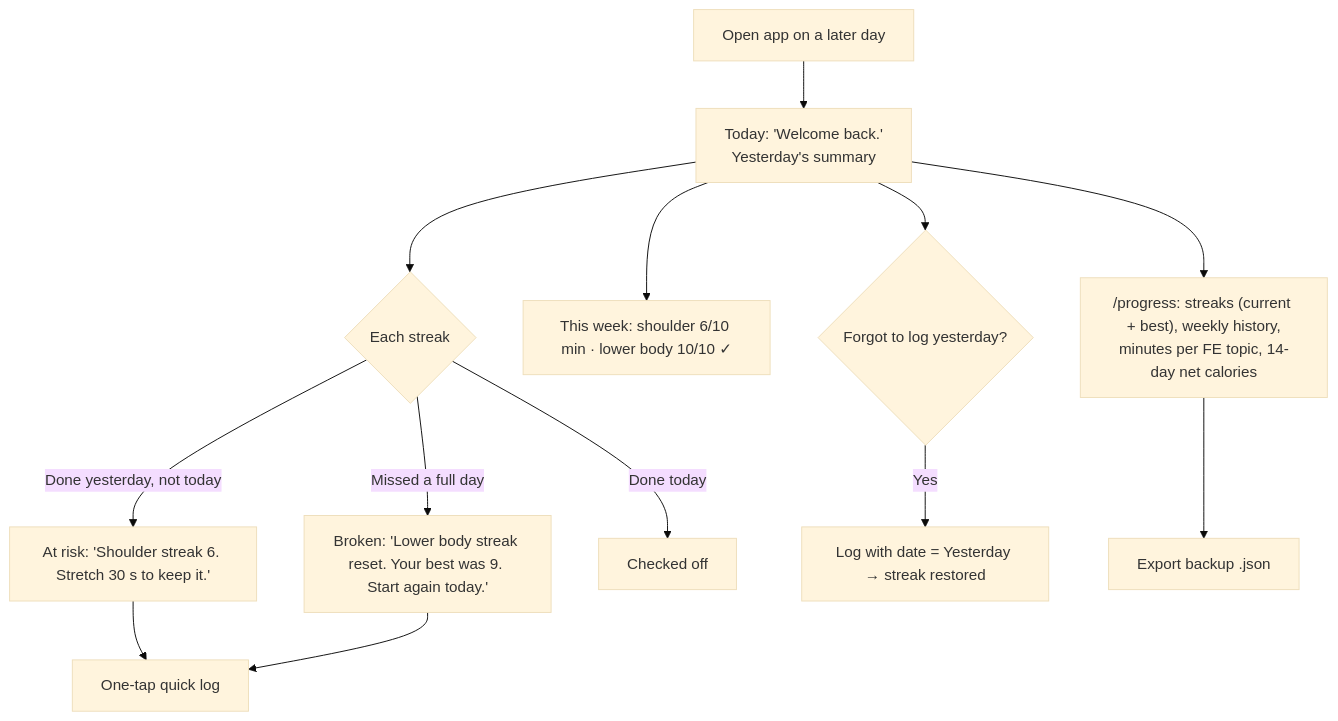
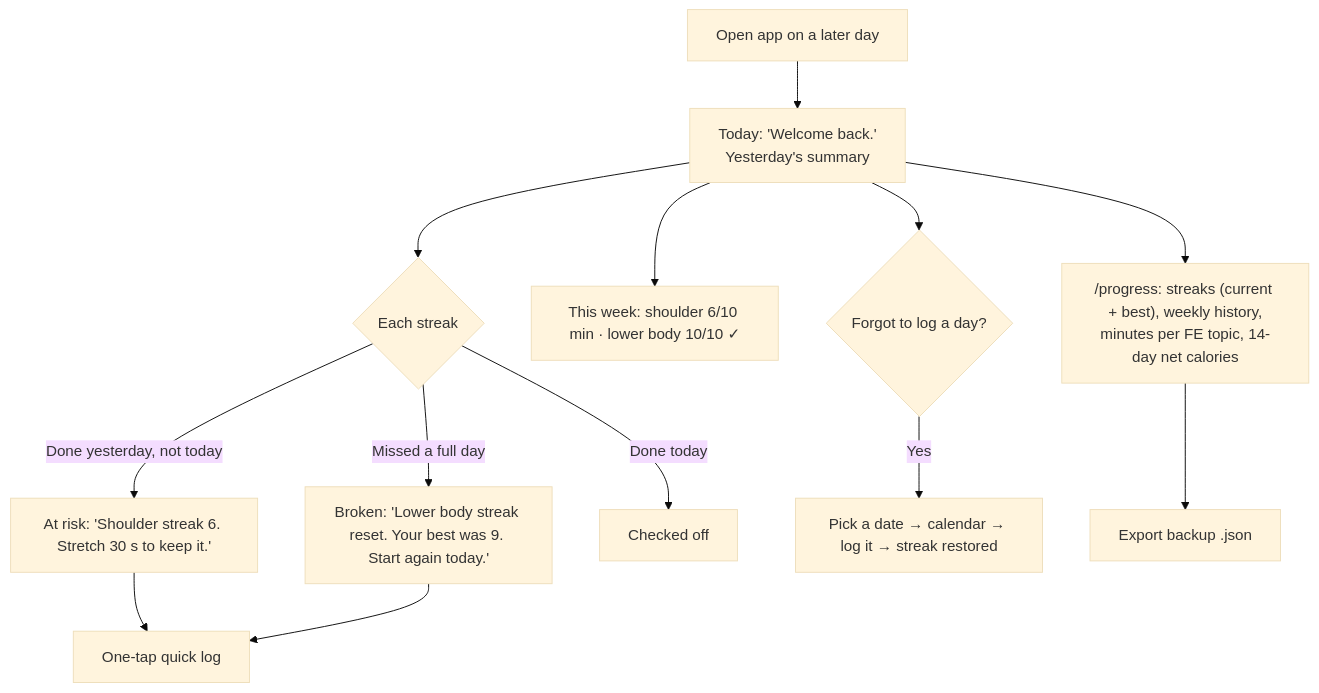
Before and after one commit to phamkd17/DBS-Assignment3: the fourth of 4 diagrams in flows.md, drawn with Mermaid (base theme). The commit also changed other lines of this file and 4 other files, not shown here.

Commit message:
Custom stretch: replace Yesterday with a Pick a date calendar (DayPicker)

````diff
--- a/flows.md
+++ b/flows.md
@@ -73,15 +73,15 @@
 ```mermaid
 flowchart TD
   O[Open app on a later day] --> W["Today: 'Welcome back.'<br/>Yesterday's summary"]
   W --> C{Each streak}
   C -- Done yesterday, not today --> AR["At risk: 'Shoulder streak 6. Stretch 30 s to keep it.'"]
   C -- Missed a full day --> BR["Broken: 'Lower body streak reset. Your best was 9. Start again today.'"]
   C -- Done today --> OK[Checked off]
   W --> WK["This week: shoulder 6/10 min · lower body 10/10 ✓"]
-  W --> MISS{Forgot to log yesterday?}
-  MISS -- Yes --> Y["Log with date = Yesterday → streak restored"]
+  W --> MISS{Forgot to log a day?}
+  MISS -- Yes --> Y["Pick a date → calendar → log it → streak restored"]
   AR --> Q[One-tap quick log]
   BR --> Q
   W --> PR["/progress: streaks (current + best), weekly history,<br/>minutes per FE topic, 14-day net calories"]
   PR --> EX[Export backup .json]
 ```
````
